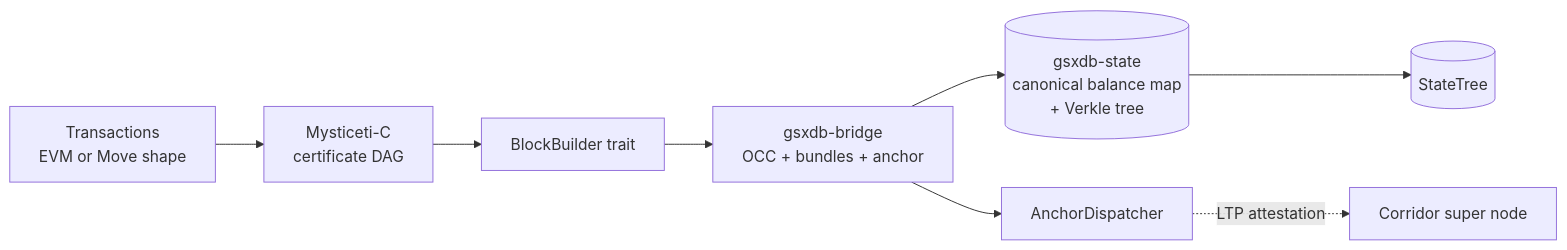
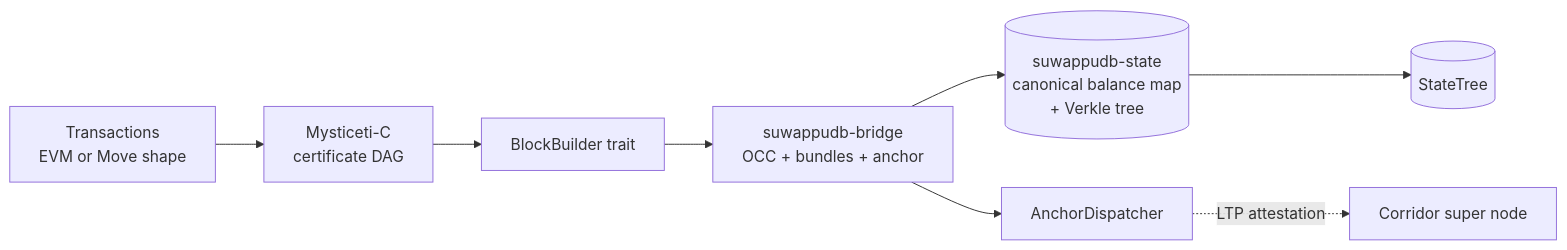
One commit to Suwappu-Labs/suwappu-db changed the fourth of 4 diagrams in docs/architecture/deployment-topology.md. Above: the diagram before and after it, drawn with Mermaid. The commit also changed other lines of this file and 232 other files, not shown here.

````diff
--- a/docs/architecture/deployment-topology.md
+++ b/docs/architecture/deployment-topology.md
@@ -151,10 +151,10 @@
 ```mermaid
 flowchart LR
     Tx[Transactions<br/>EVM or Move shape] --> Consensus[Mysticeti-C<br/>certificate DAG]
     Consensus --> BlockBuilder[BlockBuilder trait]
-    BlockBuilder --> Bridge[gsxdb-bridge<br/>OCC + bundles + anchor]
-    Bridge --> State[(gsxdb-state<br/>canonical balance map<br/>+ Verkle tree)]
+    BlockBuilder --> Bridge[suwappudb-bridge<br/>OCC + bundles + anchor]
+    Bridge --> State[(suwappudb-state<br/>canonical balance map<br/>+ Verkle tree)]
     Bridge --> Anchor[AnchorDispatcher]
     State --> Tree[(StateTree)]
     Anchor -.LTP attestation.-> SuperNode[Corridor super node]
 ```
````
